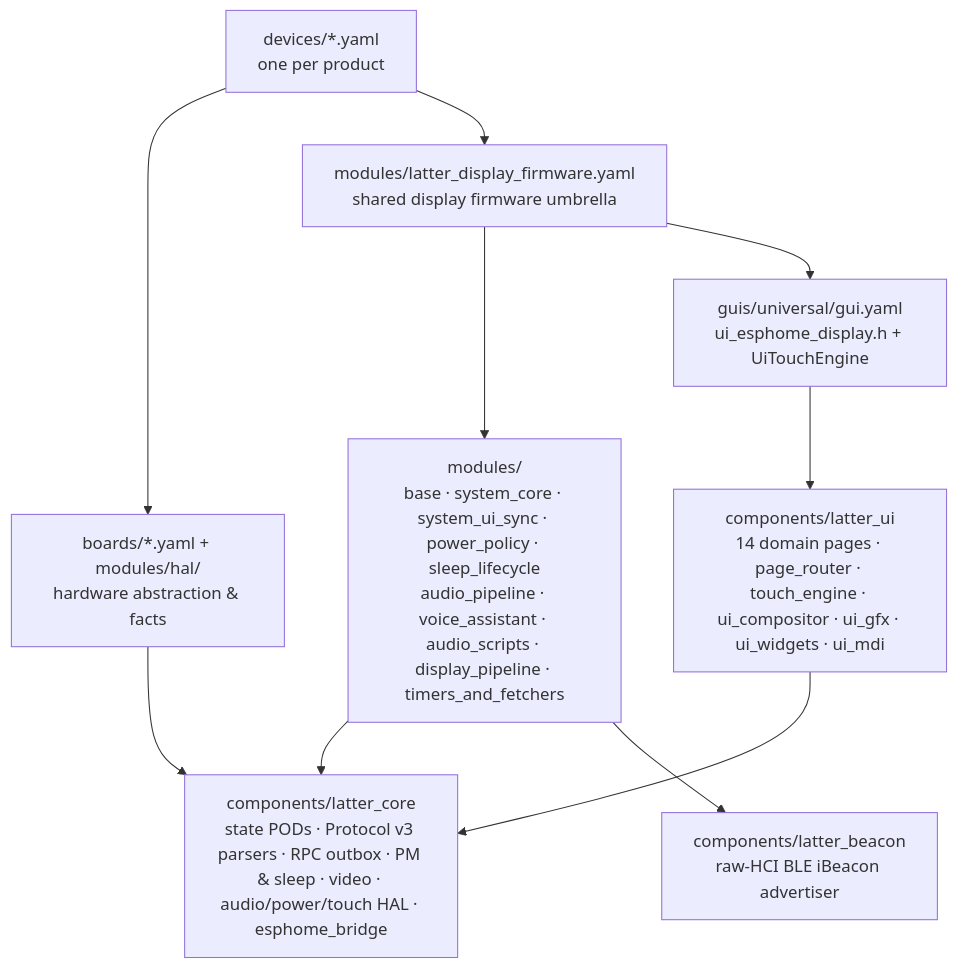
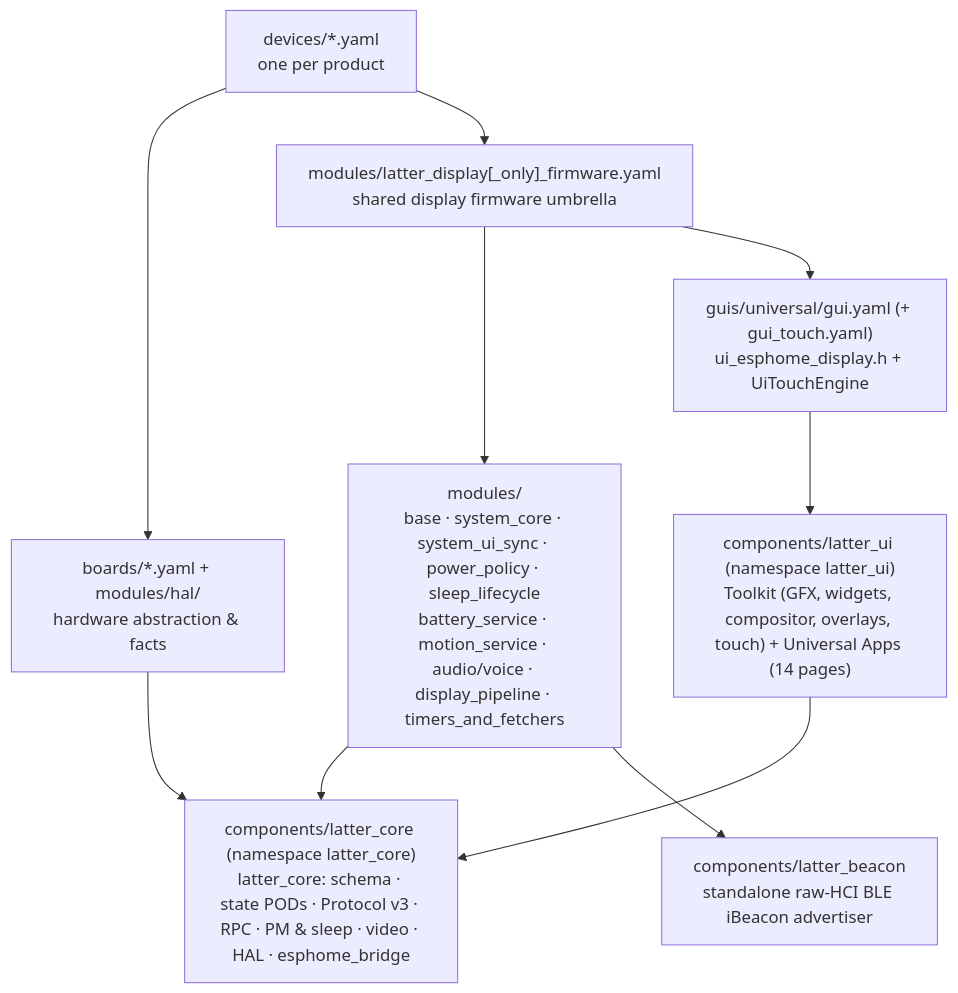
One commit to slampton/esphome-latter-core changed the diagram in docs/architecture.md. Above: the diagram before and after it, drawn with Mermaid. The commit also changed other lines of this file and 158 other files, not shown here.

First line of the commit message:
Overhaul Latter Core v3.0.0 architecture, typed board schema, HAL porting & adaptive glass_style

````diff
--- a/docs/architecture.md
+++ b/docs/architecture.md
@@ -5,12 +5,12 @@
 ```mermaid
 flowchart TD
     D["devices/*.yaml<br/>one per product"] --> B["boards/*.yaml + modules/hal/<br/>hardware abstraction & facts"]
-    D --> U["modules/latter_display_firmware.yaml<br/>shared display firmware umbrella"]
-    U --> M["modules/<br/>base · system_core · system_ui_sync · power_policy · sleep_lifecycle<br/>audio_pipeline · voice_assistant · audio_scripts · display_pipeline · timers_and_fetchers"]
-    U --> G["guis/universal/gui.yaml<br/>ui_esphome_display.h + UiTouchEngine"]
-    G --> CUI["components/latter_ui<br/>14 domain pages · page_router · touch_engine · ui_compositor · ui_gfx · ui_widgets · ui_mdi"]
-    M --> CC["components/latter_core<br/>state PODs · Protocol v3 parsers · RPC outbox · PM & sleep · video · audio/power/touch HAL · esphome_bridge"]
-    M --> CB["components/latter_beacon<br/>raw-HCI BLE iBeacon advertiser"]
+    D --> U["modules/latter_display[_only]_firmware.yaml<br/>shared display firmware umbrella"]
+    U --> M["modules/<br/>base · system_core · system_ui_sync · power_policy · sleep_lifecycle<br/>battery_service · motion_service · audio/voice · display_pipeline · timers_and_fetchers"]
+    U --> G["guis/universal/gui.yaml (+ gui_touch.yaml)<br/>ui_esphome_display.h + UiTouchEngine"]
+    G --> CUI["components/latter_ui (namespace latter_ui)<br/>Toolkit (GFX, widgets, compositor, overlays, touch) + Universal Apps (14 pages)"]
+    M --> CC["components/latter_core (namespace latter_core)<br/>latter_core: schema · state PODs · Protocol v3 · RPC · PM & sleep · video · HAL · esphome_bridge"]
+    M --> CB["components/latter_beacon<br/>standalone raw-HCI BLE iBeacon advertiser"]
     B --> CC
     CUI --> CC
 ```
````
